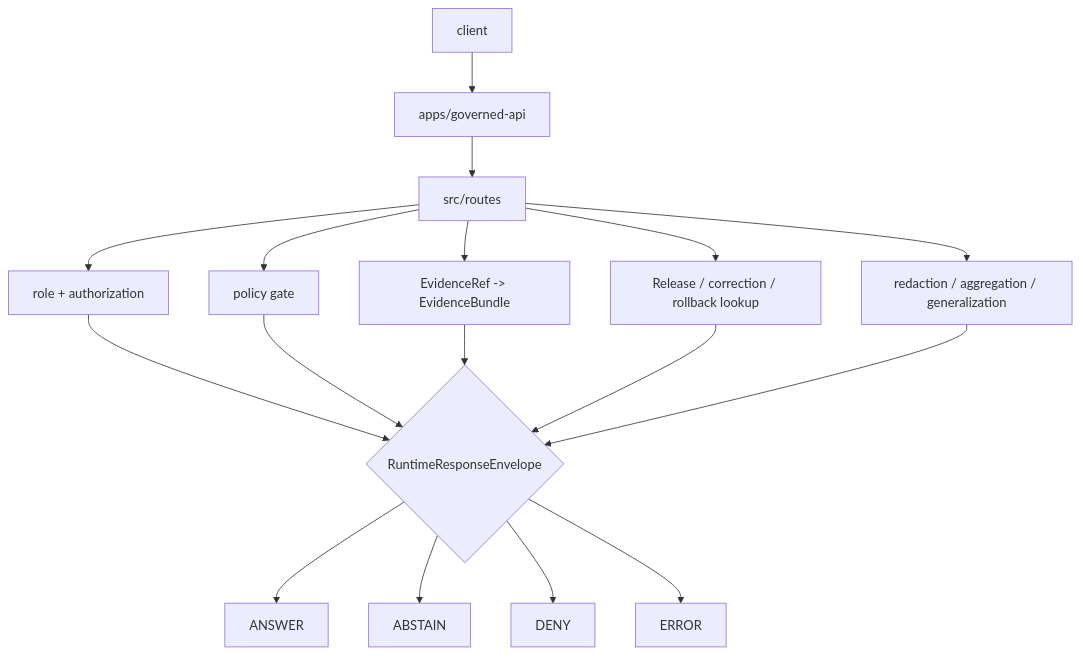
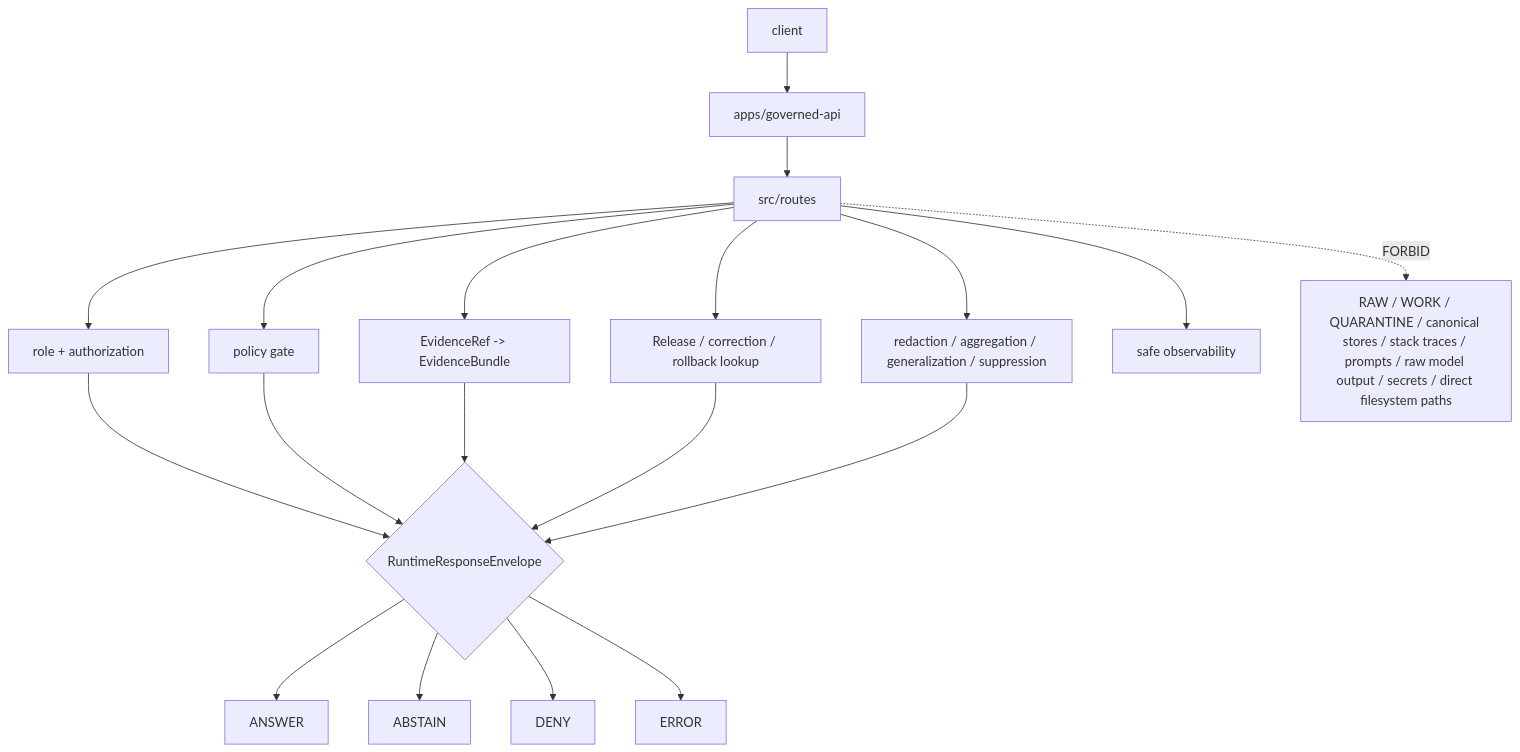
One commit to bartytime4life/Kansas-Frontier-Matrix changed the diagram in apps/governed-api/src/routes/README.md. Above: the diagram before and after it, drawn with Mermaid. The commit also changed other lines of this file, not shown here.

Commit message:
docs: update governed api source routes readme

````diff
--- a/apps/governed-api/src/routes/README.md
+++ b/apps/governed-api/src/routes/README.md
@@ -206,19 +298,21 @@
 ```mermaid
 flowchart TD
     client["client"] --> api["apps/governed-api"]
     api --> source["src/routes"]
     source --> auth["role + authorization"]
     source --> policy["policy gate"]
     source --> evidence["EvidenceRef -> EvidenceBundle"]
     source --> release["Release / correction / rollback lookup"]
-    source --> transform["redaction / aggregation / generalization"]
+    source --> transform["redaction / aggregation / generalization / suppression"]
+    source --> obs["safe observability"]
     auth --> outcome{"RuntimeResponseEnvelope"}
     policy --> outcome
     evidence --> outcome
     release --> outcome
     transform --> outcome
     outcome --> answer["ANSWER"]
     outcome --> abstain["ABSTAIN"]
     outcome --> deny["DENY"]
     outcome --> error["ERROR"]
+    source -. FORBID .-> raw["RAW / WORK / QUARANTINE / canonical stores / stack traces / prompts / raw model output / secrets / direct filesystem paths"]
 ```
````
